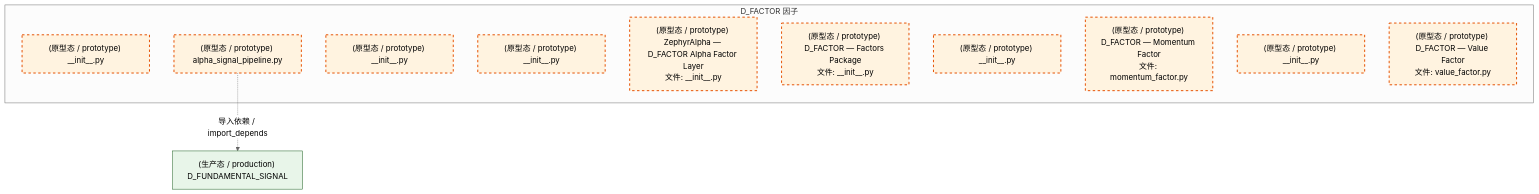
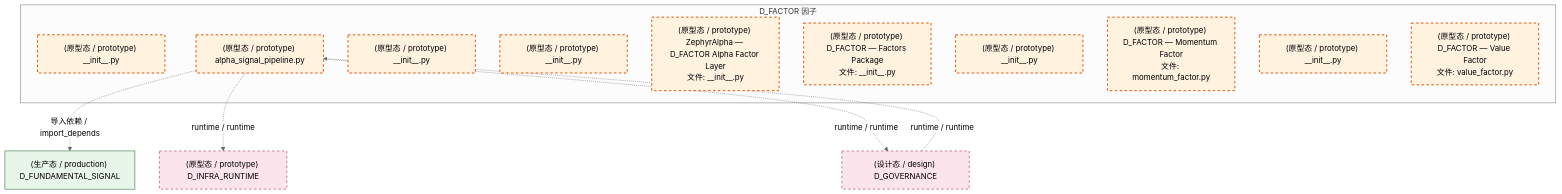
One commit to xuanFelixVan/ZephyrAlpha changed the third of 4 diagrams in docs/02_enterprise_architecture/02_domain_architecture_docs/29_d_factor.md. Above: the diagram before and after it, drawn with Mermaid (neutral theme). The commit also changed other lines of this file and 99 other files, not shown here.

````diff
--- a/docs/02_enterprise_architecture/02_domain_architecture_docs/29_d_factor.md
+++ b/docs/02_enterprise_architecture/02_domain_architecture_docs/29_d_factor.md
@@ -151,23 +156,29 @@
 ```mermaid
 graph TD
     subgraph D_FACTOR["D_FACTOR 因子"]
         src_zephyr_factor_extensions_init_py["(原型态 / prototype) __init__.py"]
         src_zephyr_factor_alpha_signal_pipeline_py["(原型态 / prototype) alpha_signal_pipeline.py"]
         src_zephyr_factor_api_init_py["(原型态 / prototype) __init__.py"]
         src_zephyr_factor_core_init_py["(原型态 / prototype) __init__.py"]
         src_zephyr_factor_ctr_001_consumer_init_py["(原型态 / prototype) ZephyrAlpha — D_FACTOR Alpha Factor Layer<br/>文件: __init__.py"]
         src_zephyr_factor_engine_init_py["(原型态 / prototype) D_FACTOR — Factors Package<br/>文件: __init__.py"]
         src_zephyr_factor_infrastructure_init_py["(原型态 / prototype) __init__.py"]
         src_zephyr_factor_momentum_factor_py["(原型态 / prototype) D_FACTOR — Momentum Factor<br/>文件: momentum_factor.py"]
         src_zephyr_factor_services_init_py["(原型态 / prototype) __init__.py"]
         src_zephyr_factor_value_factor_py["(原型态 / prototype) D_FACTOR — Value Factor<br/>文件: value_factor.py"]
     end
     D_FUNDAMENTAL_SIGNAL["(生产态 / production) D_FUNDAMENTAL_SIGNAL"]
     src_zephyr_factor_alpha_signal_pipeline_py -.->|导入依赖 / import_depends| D_FUNDAMENTAL_SIGNAL
+    D_INFRA_RUNTIME["(原型态 / prototype) D_INFRA_RUNTIME"]
+    src_zephyr_factor_alpha_signal_pipeline_py -.->|runtime / runtime| D_INFRA_RUNTIME
+    D_GOVERNANCE["(设计态 / design) D_GOVERNANCE"]
+    src_zephyr_factor_alpha_signal_pipeline_py -.->|runtime / runtime| D_GOVERNANCE
+    D_GOVERNANCE -.->|runtime / runtime| src_zephyr_factor_alpha_signal_pipeline_py
     classDef production fill:#e1f5fe,stroke:#01579b,stroke-width:2px,color:#000
     classDef design fill:#fff3e0,stroke:#e65100,stroke-width:2px,color:#000,stroke-dasharray: 5 5
     classDef external_prod fill:#e8f5e9,stroke:#1b5e20,stroke-width:1px,color:#000
     classDef external_design fill:#fce4ec,stroke:#880e4f,stroke-width:1px,color:#000,stroke-dasharray: 5 5
     class src_zephyr_factor_extensions_init_py,src_zephyr_factor_alpha_signal_pipeline_py,src_zephyr_factor_api_init_py,src_zephyr_factor_core_init_py,src_zephyr_factor_ctr_001_consumer_init_py,src_zephyr_factor_engine_init_py,src_zephyr_factor_infrastructure_init_py,src_zephyr_factor_momentum_factor_py,src_zephyr_factor_services_init_py,src_zephyr_factor_value_factor_py design
     class D_FUNDAMENTAL_SIGNAL external_prod
+    class D_INFRA_RUNTIME,D_GOVERNANCE external_design
 ```
````
